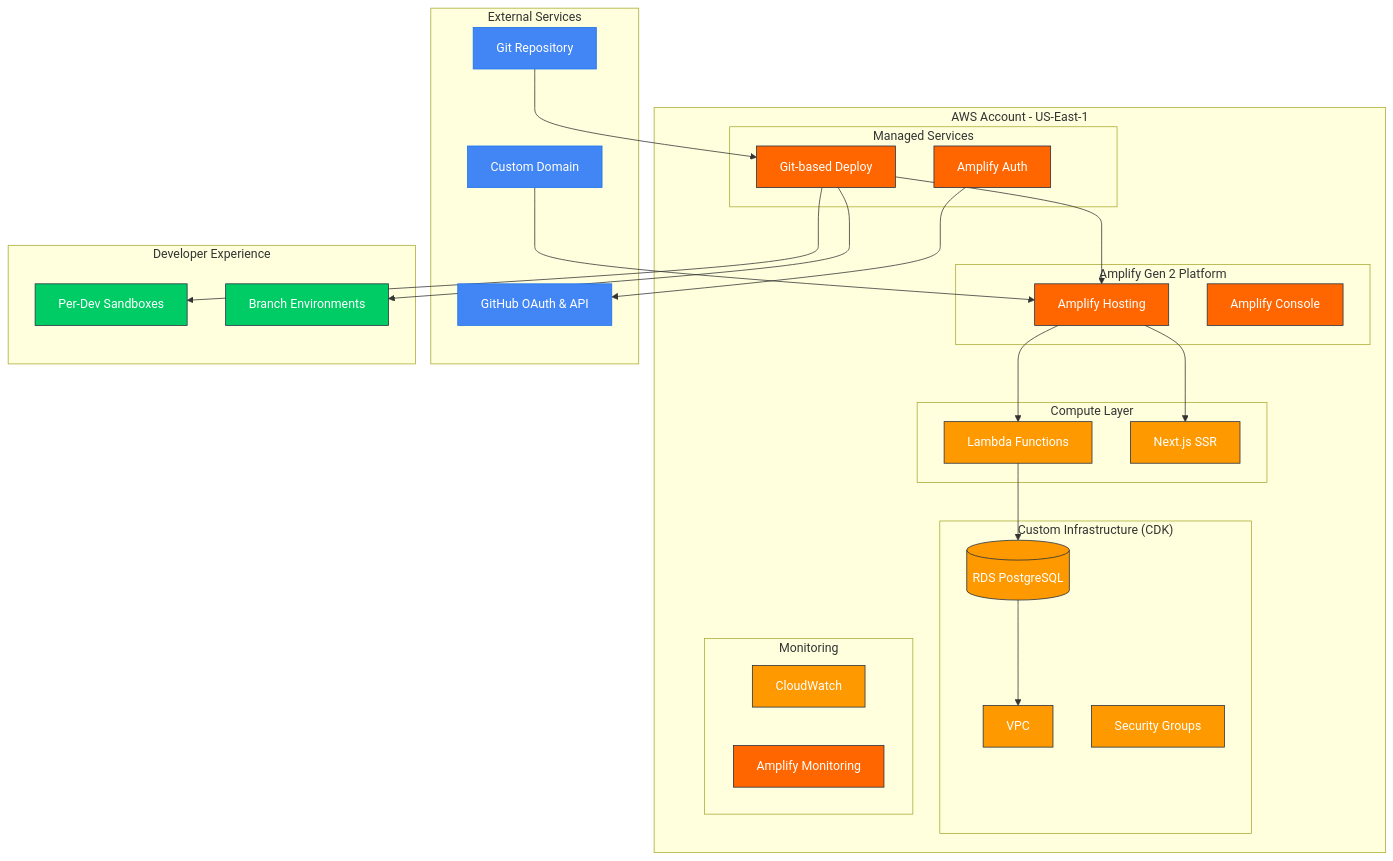
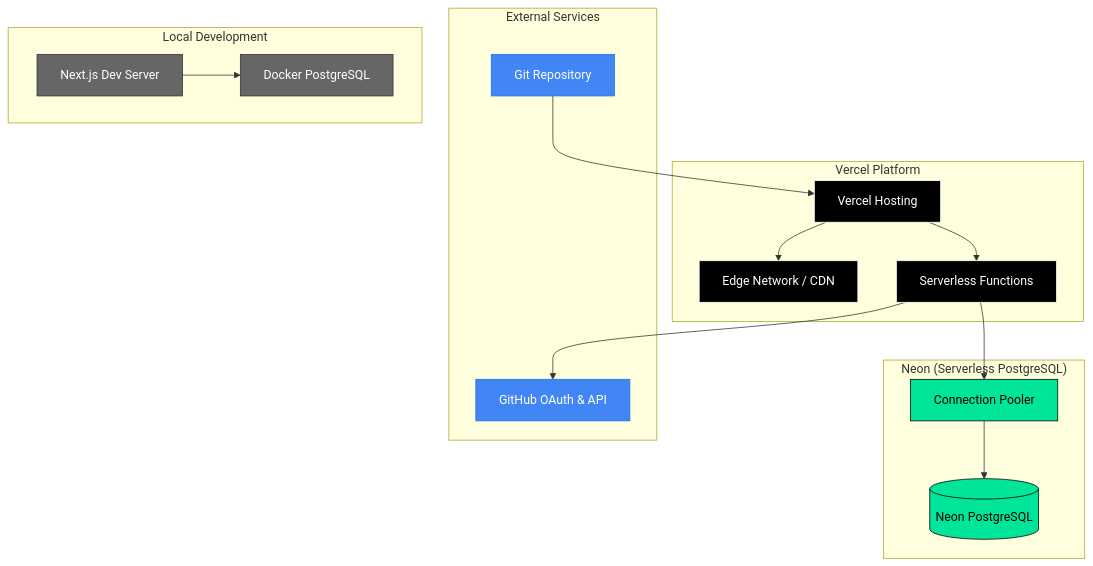
The diagram in docs/architecture/deployment-strategy.md (aviram-shubeili/code-flow), drawn with Mermaid before and after one commit. The commit also changed other lines of this file and 18 other files, not shown here.

````diff
--- a/docs/architecture/deployment-strategy.md
+++ b/docs/architecture/deployment-strategy.md
@@ -9,62 +16,42 @@
 ```mermaid
 graph TB
-    subgraph "AWS Account - US-East-1"
-        subgraph "Amplify Gen 2 Platform"
-            AMPLIFY[Amplify Hosting]
-            CONSOLE[Amplify Console]
-        end
-        
-        subgraph "Compute Layer"
-            LAMBDA[Lambda Functions]
-            NEXTJS[Next.js SSR]
-        end
-        
-        subgraph "Custom Infrastructure (CDK)"
-            RDS[(RDS PostgreSQL)]
-            VPC[VPC]
-            SECGROUP[Security Groups]
-        end
-        
-        subgraph "Managed Services"
-            AUTH[Amplify Auth]
-            DEPLOY[Git-based Deploy]
-        end
-        
-        subgraph "Monitoring"
-            CW[CloudWatch]
-            CONSOLE_MON[Amplify Monitoring]
-        end
+    subgraph "Vercel Platform"
+        VERCEL[Vercel Hosting]
+        EDGE[Edge Network / CDN]
+        FUNCTIONS[Serverless Functions]
+    end
+    
+    subgraph "Neon (Serverless PostgreSQL)"
+        NEON[(Neon PostgreSQL)]
+        POOLER[Connection Pooler]
     end
     
     subgraph "External Services"
         GITHUB[GitHub OAuth & API]
-        DOMAIN[Custom Domain]
         REPO[Git Repository]
     end
     
-    subgraph "Developer Experience"
-        SANDBOX[Per-Dev Sandboxes]
-        BRANCH[Branch Environments]
+    subgraph "Local Development"
+        DOCKER[Docker PostgreSQL]
+        NEXTJS_DEV[Next.js Dev Server]
     end
     
-    REPO --> DEPLOY
-    DEPLOY --> AMPLIFY
-    AMPLIFY --> NEXTJS
-    AMPLIFY --> LAMBDA
-    LAMBDA --> RDS
-    RDS --> VPC
-    AUTH --> GITHUB
-    DOMAIN --> AMPLIFY
-    DEPLOY --> SANDBOX
-    DEPLOY --> BRANCH
+    REPO --> VERCEL
+    VERCEL --> EDGE
+    VERCEL --> FUNCTIONS
+    FUNCTIONS --> POOLER
+    POOLER --> NEON
+    FUNCTIONS --> GITHUB
     
-    classDef amplify fill:#ff6600,stroke:#232f3e,color:#fff
-    classDef aws fill:#ff9900,stroke:#232f3e,color:#fff
+    NEXTJS_DEV --> DOCKER
+    
+    classDef vercel fill:#000,stroke:#fff,color:#fff
+    classDef neon fill:#00e599,stroke:#000,color:#000
     classDef external fill:#4285f4,stroke:#1a73e8,color:#fff
-    classDef dev fill:#00cc66,stroke:#232f3e,color:#fff
+    classDef local fill:#666,stroke:#333,color:#fff
     
-    class AMPLIFY,AUTH,DEPLOY,CONSOLE,CONSOLE_MON amplify
-    class LAMBDA,NEXTJS,RDS,VPC,SECGROUP,CW aws
-    class GITHUB,DOMAIN,REPO external
-    class SANDBOX,BRANCH dev
+    class VERCEL,EDGE,FUNCTIONS vercel
+    class NEON,POOLER neon
+    class GITHUB,REPO external
+    class DOCKER,NEXTJS_DEV local
 ```
````
